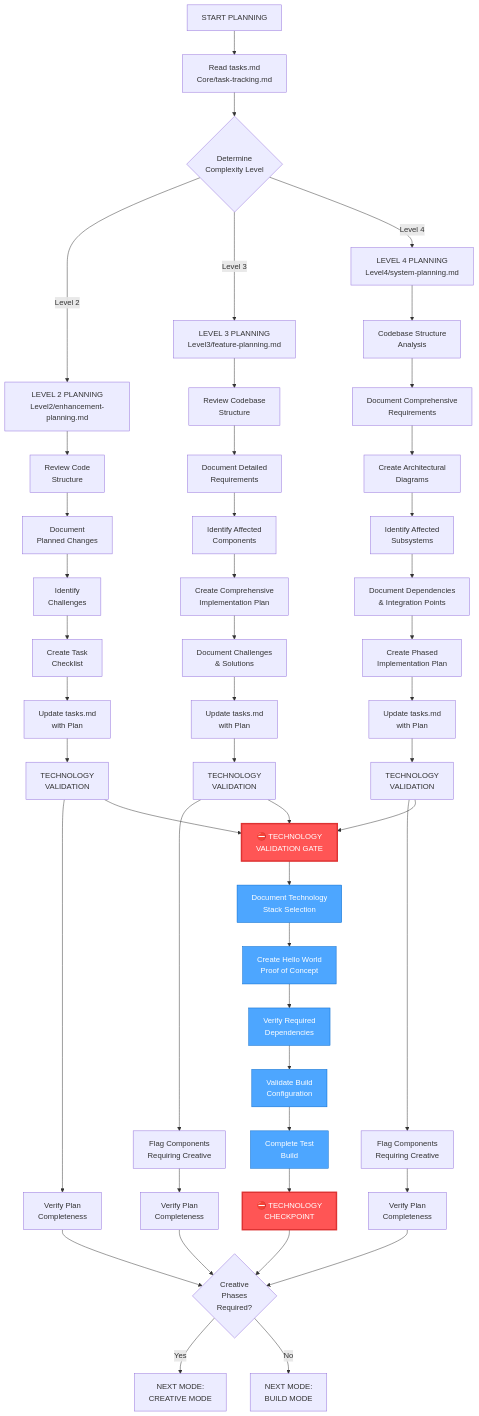
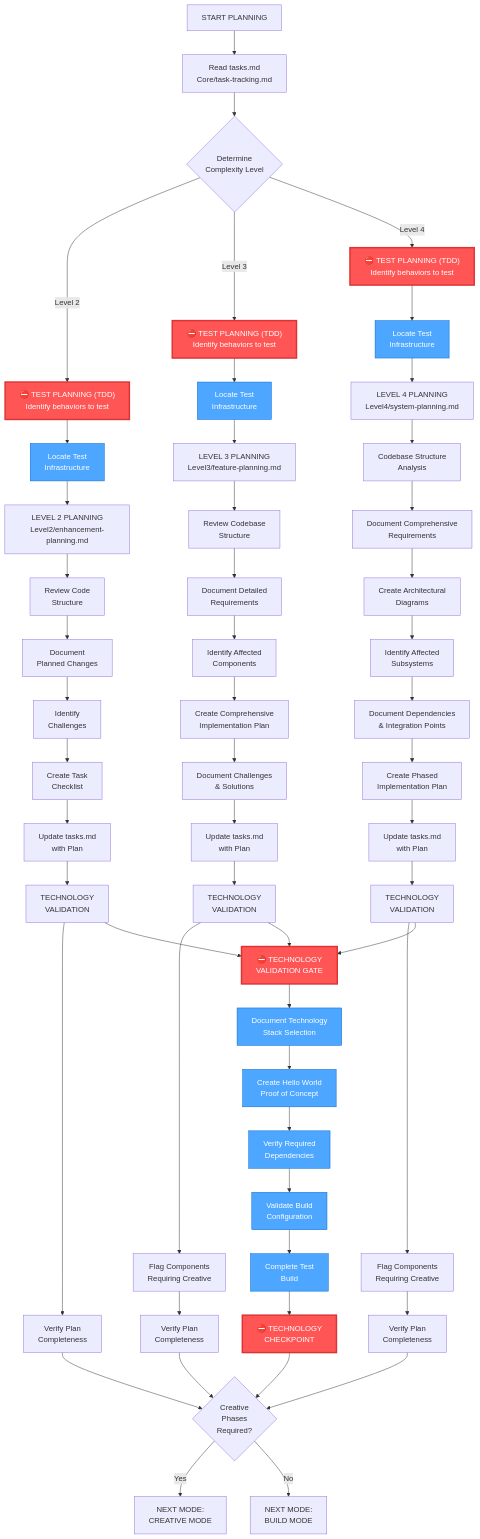
One commit to Texarkanine/.cursor-rules changed the first of 5 diagrams in rulesets/niko/niko/visual-maps/plan-mode-map.mdc. Above: the diagram before and after it, drawn with Mermaid. The commit also changed other lines of this file and 14 other files, not shown here.

````diff
--- a/rulesets/niko/niko/visual-maps/plan-mode-map.mdc
+++ b/rulesets/niko/niko/visual-maps/plan-mode-map.mdc
@@ -16,9 +16,19 @@
     
     %% Complexity Level Determination
     ReadTasks --> CheckLevel{"Determine<br>Complexity Level"}
-    CheckLevel -->|"Level 2"| Level2["LEVEL 2 PLANNING<br>Level2/enhancement-planning.md"]
-    CheckLevel -->|"Level 3"| Level3["LEVEL 3 PLANNING<br>Level3/feature-planning.md"]
-    CheckLevel -->|"Level 4"| Level4["LEVEL 4 PLANNING<br>Level4/system-planning.md"]
+    
+    %% TEST PLANNING (TDD - All Levels)
+    CheckLevel -->|"Level 2"| L2TestPlan["⛔ TEST PLANNING (TDD)<br>Identify behaviors to test"]
+    CheckLevel -->|"Level 3"| L3TestPlan["⛔ TEST PLANNING (TDD)<br>Identify behaviors to test"]
+    CheckLevel -->|"Level 4"| L4TestPlan["⛔ TEST PLANNING (TDD)<br>Identify behaviors to test"]
+    
+    L2TestPlan --> L2TestLoc["Locate Test<br>Infrastructure"]
+    L3TestPlan --> L3TestLoc["Locate Test<br>Infrastructure"]
+    L4TestPlan --> L4TestLoc["Locate Test<br>Infrastructure"]
+    
+    L2TestLoc --> Level2["LEVEL 2 PLANNING<br>Level2/enhancement-planning.md"]
+    L3TestLoc --> Level3["LEVEL 3 PLANNING<br>Level3/feature-planning.md"]
+    L4TestLoc --> Level4["LEVEL 4 PLANNING<br>Level4/system-planning.md"]
     
     %% Level 2 Planning
     Level2 --> L2Review["Review Code<br>Structure"]
@@ -76,4 +86,12 @@
     style TechDependencies fill:#4da6ff,stroke:#0066cc,color:white
     style TechConfig fill:#4da6ff,stroke:#0066cc,color:white
     style TechBuild fill:#4da6ff,stroke:#0066cc,color:white
+    
+    %% Style for TDD Test Planning Gate
+    style L2TestPlan fill:#ff5555,stroke:#dd3333,color:white,stroke-width:3px
+    style L3TestPlan fill:#ff5555,stroke:#dd3333,color:white,stroke-width:3px
+    style L4TestPlan fill:#ff5555,stroke:#dd3333,color:white,stroke-width:3px
+    style L2TestLoc fill:#4da6ff,stroke:#0066cc,color:white
+    style L3TestLoc fill:#4da6ff,stroke:#0066cc,color:white
+    style L4TestLoc fill:#4da6ff,stroke:#0066cc,color:white
 ```
````
